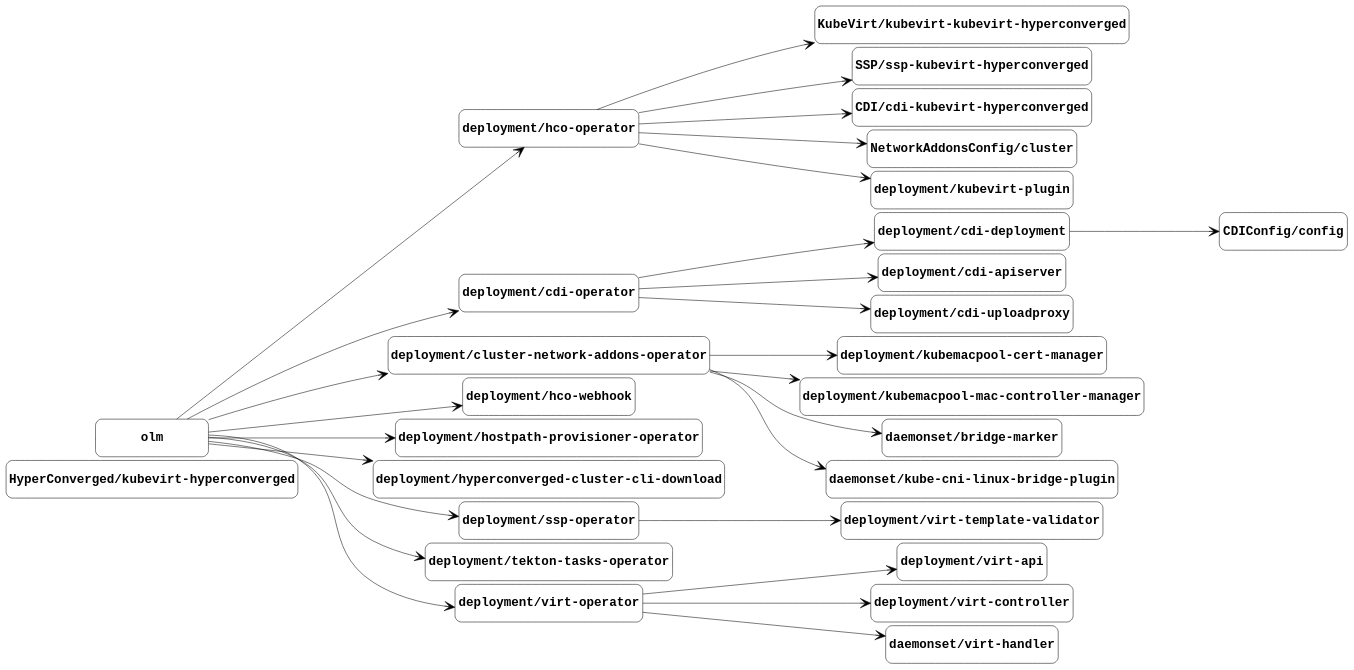
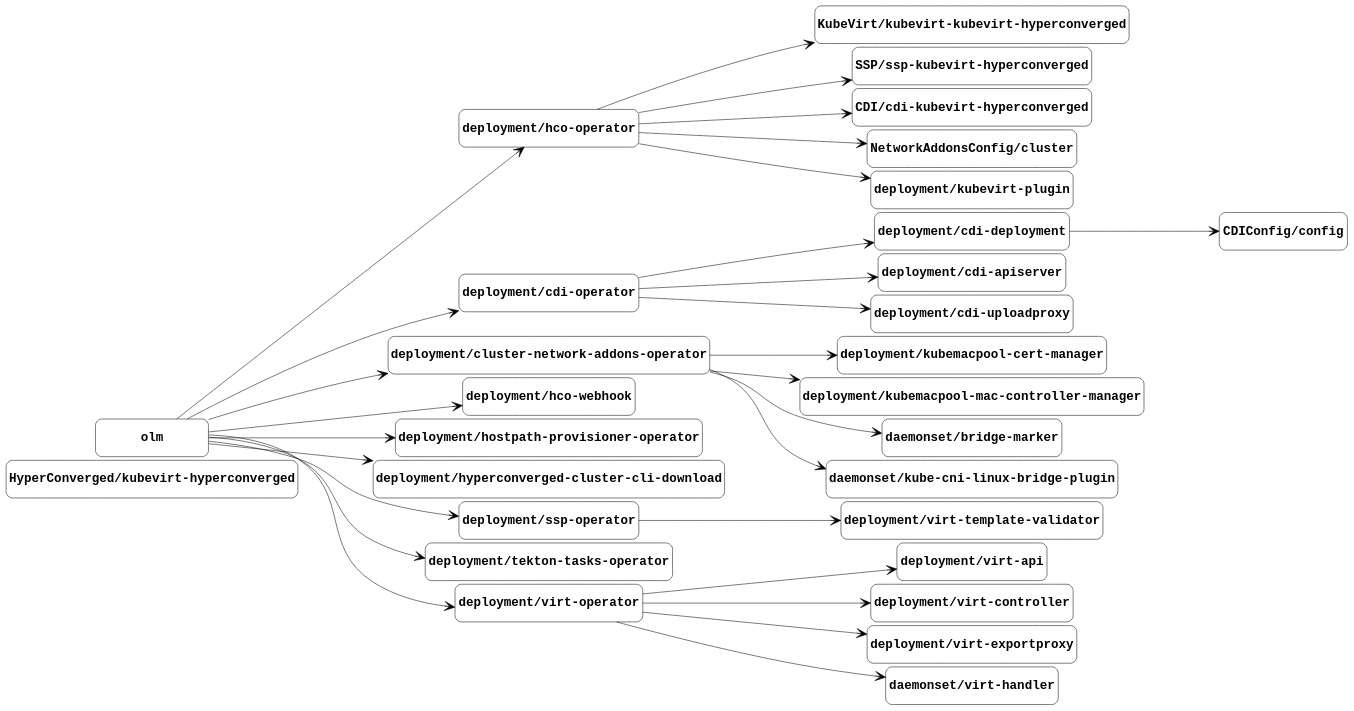
One commit to kubevirt/kubevirt changed the diagram in docs/managed-by.gv. Above: the diagram before and after it, drawn with Graphviz. The commit also changed 3 other files, not shown here.

Commit message:
Update component graphs from the nightly job (#2064)

```diff
--- a/docs/managed-by.gv
+++ b/docs/managed-by.gv
@@ -1,84 +1,87 @@
 digraph "managed-by" {
 	graph [center=true margin=0.2 nodesep=0.1 rankdir=LR ranksep=2]
 	node [fontname="Courier-Bold" fontsize=24 height=1 shape=box style=rounded width=3]
 	edge [arrowhead=vee arrowsize=2]
 	"HyperConverged/kubevirt-hyperconverged" [label="HyperConverged/kubevirt-hyperconverged"]
 	"KubeVirt/kubevirt-kubevirt-hyperconverged" [label="KubeVirt/kubevirt-kubevirt-hyperconverged"]
 	"deployment/hco-operator" [label="deployment/hco-operator"]
 	"deployment/hco-operator" -> "KubeVirt/kubevirt-kubevirt-hyperconverged"
 	"SSP/ssp-kubevirt-hyperconverged" [label="SSP/ssp-kubevirt-hyperconverged"]
 	"deployment/hco-operator" [label="deployment/hco-operator"]
 	"deployment/hco-operator" -> "SSP/ssp-kubevirt-hyperconverged"
 	"CDI/cdi-kubevirt-hyperconverged" [label="CDI/cdi-kubevirt-hyperconverged"]
 	"deployment/hco-operator" [label="deployment/hco-operator"]
 	"deployment/hco-operator" -> "CDI/cdi-kubevirt-hyperconverged"
 	"CDIConfig/config" [label="CDIConfig/config"]
 	"deployment/cdi-deployment" [label="deployment/cdi-deployment"]
 	"deployment/cdi-deployment" -> "CDIConfig/config"
 	"NetworkAddonsConfig/cluster" [label="NetworkAddonsConfig/cluster"]
 	"deployment/hco-operator" [label="deployment/hco-operator"]
 	"deployment/hco-operator" -> "NetworkAddonsConfig/cluster"
 	"deployment/cdi-apiserver" [label="deployment/cdi-apiserver"]
 	"deployment/cdi-operator" [label="deployment/cdi-operator"]
 	"deployment/cdi-operator" -> "deployment/cdi-apiserver"
 	"deployment/cdi-deployment" [label="deployment/cdi-deployment"]
 	"deployment/cdi-operator" [label="deployment/cdi-operator"]
 	"deployment/cdi-operator" -> "deployment/cdi-deployment"
 	"deployment/cdi-operator" [label="deployment/cdi-operator"]
 	olm [label=olm]
 	olm -> "deployment/cdi-operator"
 	"deployment/cdi-uploadproxy" [label="deployment/cdi-uploadproxy"]
 	"deployment/cdi-operator" [label="deployment/cdi-operator"]
 	"deployment/cdi-operator" -> "deployment/cdi-uploadproxy"
 	"deployment/cluster-network-addons-operator" [label="deployment/cluster-network-addons-operator"]
 	olm [label=olm]
 	olm -> "deployment/cluster-network-addons-operator"
 	"deployment/hco-operator" [label="deployment/hco-operator"]
 	olm [label=olm]
 	olm -> "deployment/hco-operator"
 	"deployment/hco-webhook" [label="deployment/hco-webhook"]
 	olm [label=olm]
 	olm -> "deployment/hco-webhook"
 	"deployment/hostpath-provisioner-operator" [label="deployment/hostpath-provisioner-operator"]
 	olm [label=olm]
 	olm -> "deployment/hostpath-provisioner-operator"
 	"deployment/hyperconverged-cluster-cli-download" [label="deployment/hyperconverged-cluster-cli-download"]
 	olm [label=olm]
 	olm -> "deployment/hyperconverged-cluster-cli-download"
 	"deployment/kubemacpool-cert-manager" [label="deployment/kubemacpool-cert-manager"]
 	"deployment/cluster-network-addons-operator" [label="deployment/cluster-network-addons-operator"]
 	"deployment/cluster-network-addons-operator" -> "deployment/kubemacpool-cert-manager"
 	"deployment/kubemacpool-mac-controller-manager" [label="deployment/kubemacpool-mac-controller-manager"]
 	"deployment/cluster-network-addons-operator" [label="deployment/cluster-network-addons-operator"]
 	"deployment/cluster-network-addons-operator" -> "deployment/kubemacpool-mac-controller-manager"
 	"deployment/kubevirt-plugin" [label="deployment/kubevirt-plugin"]
 	"deployment/hco-operator" [label="deployment/hco-operator"]
 	"deployment/hco-operator" -> "deployment/kubevirt-plugin"
 	"deployment/ssp-operator" [label="deployment/ssp-operator"]
 	olm [label=olm]
 	olm -> "deployment/ssp-operator"
 	"deployment/tekton-tasks-operator" [label="deployment/tekton-tasks-operator"]
 	olm [label=olm]
 	olm -> "deployment/tekton-tasks-operator"
 	"deployment/virt-api" [label="deployment/virt-api"]
 	"deployment/virt-operator" [label="deployment/virt-operator"]
 	"deployment/virt-operator" -> "deployment/virt-api"
 	"deployment/virt-controller" [label="deployment/virt-controller"]
 	"deployment/virt-operator" [label="deployment/virt-operator"]
 	"deployment/virt-operator" -> "deployment/virt-controller"
+	"deployment/virt-exportproxy" [label="deployment/virt-exportproxy"]
+	"deployment/virt-operator" [label="deployment/virt-operator"]
+	"deployment/virt-operator" -> "deployment/virt-exportproxy"
 	"deployment/virt-operator" [label="deployment/virt-operator"]
 	olm [label=olm]
 	olm -> "deployment/virt-operator"
 	"deployment/virt-template-validator" [label="deployment/virt-template-validator"]
 	"deployment/ssp-operator" [label="deployment/ssp-operator"]
 	"deployment/ssp-operator" -> "deployment/virt-template-validator"
 	"daemonset/bridge-marker" [label="daemonset/bridge-marker"]
 	"deployment/cluster-network-addons-operator" [label="deployment/cluster-network-addons-operator"]
 	"deployment/cluster-network-addons-operator" -> "daemonset/bridge-marker"
 	"daemonset/kube-cni-linux-bridge-plugin" [label="daemonset/kube-cni-linux-bridge-plugin"]
 	"deployment/cluster-network-addons-operator" [label="deployment/cluster-network-addons-operator"]
 	"deployment/cluster-network-addons-operator" -> "daemonset/kube-cni-linux-bridge-plugin"
 	"daemonset/virt-handler" [label="daemonset/virt-handler"]
 	"deployment/virt-operator" [label="deployment/virt-operator"]
 	"deployment/virt-operator" -> "daemonset/virt-handler"
 }
```
